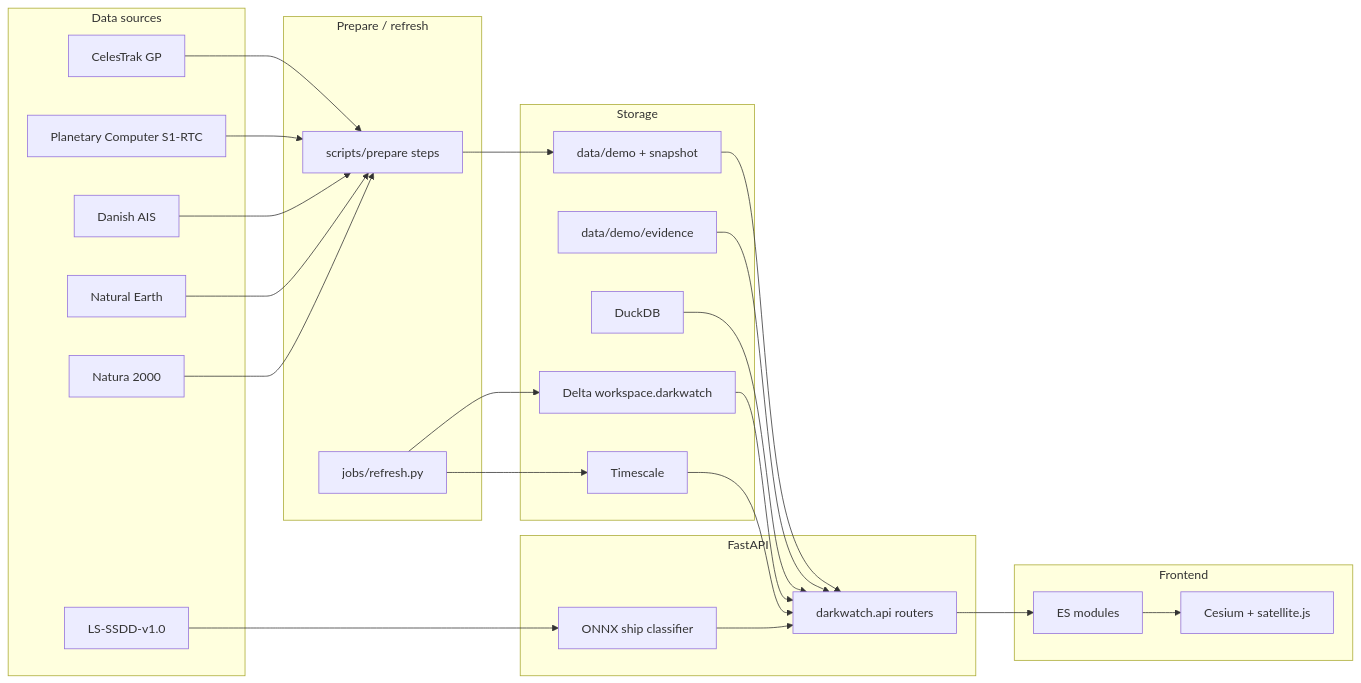
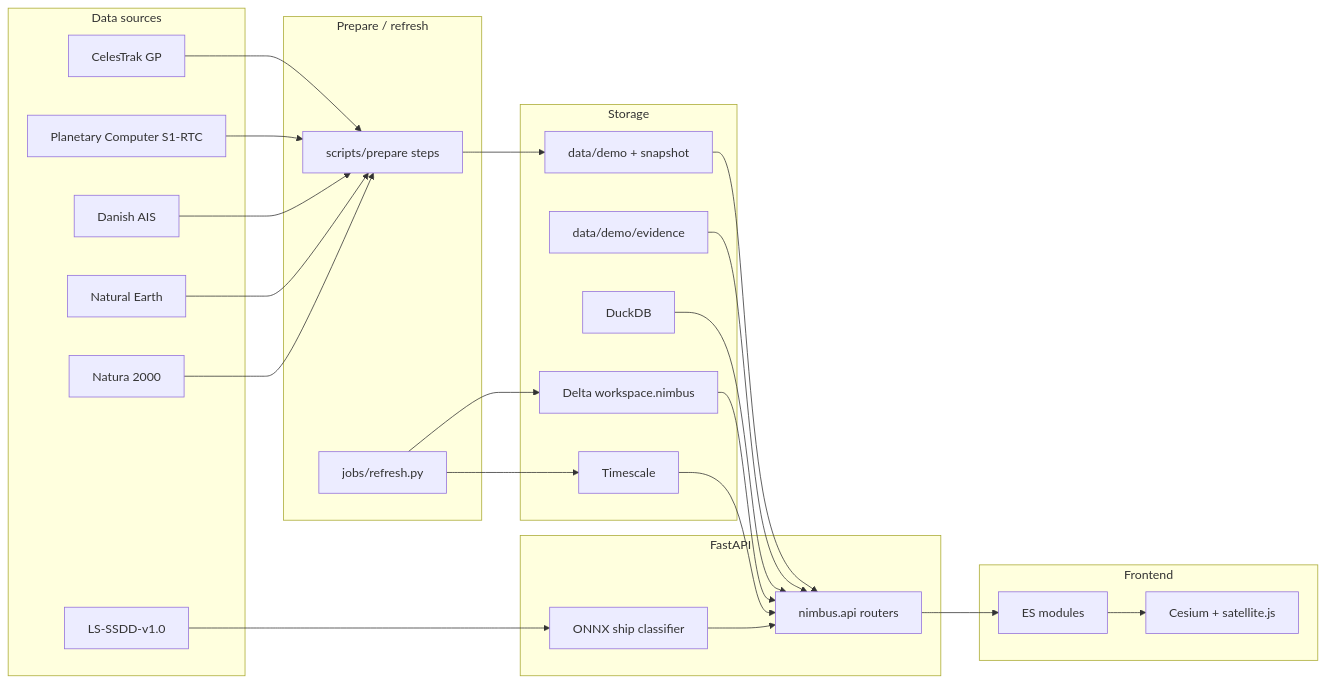
The diagram in docs/ARCHITECTURE.md (jacobpclouse/HackRPI-2026), drawn with Mermaid before and after one commit. The commit also changed other lines of this file and 211 other files, not shown here.

````diff
--- a/docs/ARCHITECTURE.md
+++ b/docs/ARCHITECTURE.md
@@ -3,46 +3,46 @@
 ```mermaid
 flowchart LR
   subgraph sources [Data sources]
     CE[CelesTrak GP]
     PC[Planetary Computer S1-RTC]
     AIS[Danish AIS]
     NE[Natural Earth]
     N2[Natura 2000]
     LS[LS-SSDD-v1.0]
   end
   subgraph jobs [Prepare / refresh]
     PREP[scripts/prepare steps]
     JOB[jobs/refresh.py]
   end
   subgraph store [Storage]
     DEMO[data/demo + snapshot]
     EV[data/demo/evidence]
     DUCK[DuckDB]
     TIGER[Timescale]
-    DELTA[Delta workspace.darkwatch]
+    DELTA[Delta workspace.nimbus]
   end
   subgraph app [FastAPI]
-    API[darkwatch.api routers]
+    API[nimbus.api routers]
     CLF[ONNX ship classifier]
   end
   subgraph ui [Frontend]
     JS[ES modules]
     CZ[Cesium + satellite.js]
   end
   CE --> PREP
   PC --> PREP
   AIS --> PREP
   NE --> PREP
   N2 --> PREP
   LS --> CLF
   PREP --> DEMO
   JOB --> DELTA
   JOB --> TIGER
   DEMO --> API
   EV --> API
   CLF --> API
   DUCK --> API
   TIGER --> API
   DELTA --> API
   API --> JS --> CZ
 ```
````
